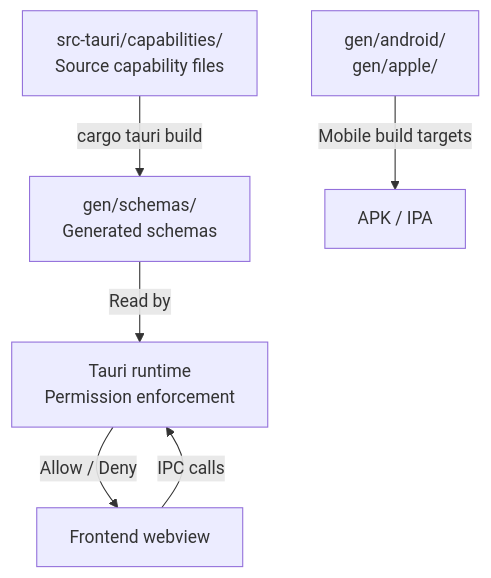
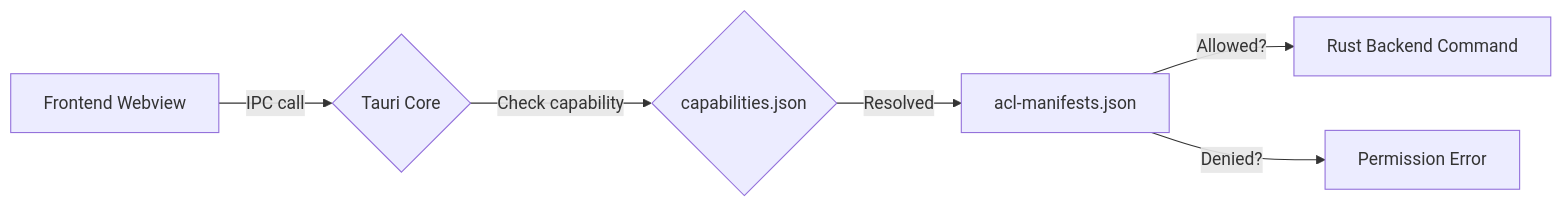
Before and after one commit to leszek3737/librefang-WIki: the diagram in other-librefang-desktop-gen.md, drawn with Mermaid. The commit also changed other lines of this file and 119 other files, not shown here.

````diff
--- a/other-librefang-desktop-gen.md
+++ b/other-librefang-desktop-gen.md
@@ -167,8 +123,8 @@
 ```mermaid
-graph TD
-    A[src-tauri/capabilities/<br/>Source capability files] -->|cargo tauri build| B[gen/schemas/<br/>Generated schemas]
-    B -->|Read by| C[Tauri runtime<br/>Permission enforcement]
-    D[Frontend webview] -->|IPC calls| C
-    C -->|Allow / Deny| D
-    E[gen/android/<br/>gen/apple/] -->|Mobile build targets| F[APK / IPA]
+flowchart LR
+    A[Frontend Webview] -->|IPC call| B{Tauri Core}
+    B -->|Check capability| C{capabilities.json}
+    C -->|Resolved| D[acl-manifests.json]
+    D -->|Allowed?| E[Rust Backend Command]
+    D -->|Denied?| F[Permission Error]
 ```
````
